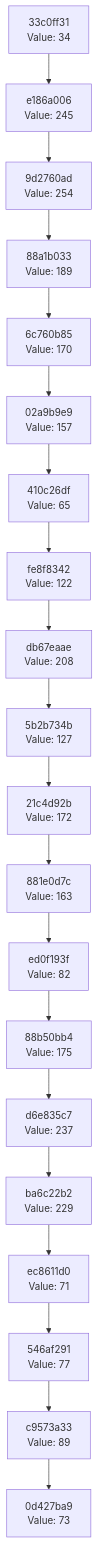
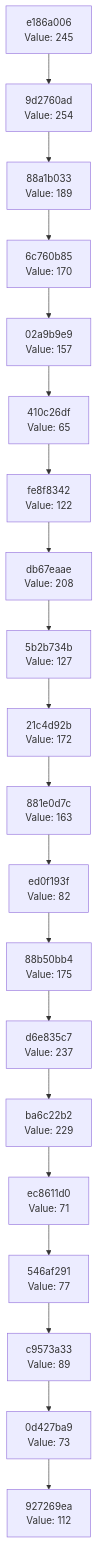
One commit to Abhisheksinha1506/hash-chain-evolver changed the diagram in docs/CHAIN_VISUALIZATION.md. Above: the diagram before and after it, drawn with Mermaid. The commit also changed 3 other files, not shown here.

````diff
--- a/docs/CHAIN_VISUALIZATION.md
+++ b/docs/CHAIN_VISUALIZATION.md
@@ -3,42 +3,42 @@
 ```mermaid
 graph TD
-    C0["0d427ba9<br/>Value: 73"]
-    C1["c9573a33<br/>Value: 89"]
+    C0["927269ea<br/>Value: 112"]
+    C1["0d427ba9<br/>Value: 73"]
     C1 --> C0
-    C2["546af291<br/>Value: 77"]
+    C2["c9573a33<br/>Value: 89"]
     C2 --> C1
-    C3["ec8611d0<br/>Value: 71"]
+    C3["546af291<br/>Value: 77"]
     C3 --> C2
-    C4["ba6c22b2<br/>Value: 229"]
+    C4["ec8611d0<br/>Value: 71"]
     C4 --> C3
-    C5["d6e835c7<br/>Value: 237"]
+    C5["ba6c22b2<br/>Value: 229"]
     C5 --> C4
-    C6["88b50bb4<br/>Value: 175"]
+    C6["d6e835c7<br/>Value: 237"]
     C6 --> C5
-    C7["ed0f193f<br/>Value: 82"]
+    C7["88b50bb4<br/>Value: 175"]
     C7 --> C6
-    C8["881e0d7c<br/>Value: 163"]
+    C8["ed0f193f<br/>Value: 82"]
     C8 --> C7
-    C9["21c4d92b<br/>Value: 172"]
+    C9["881e0d7c<br/>Value: 163"]
     C9 --> C8
-    C10["5b2b734b<br/>Value: 127"]
+    C10["21c4d92b<br/>Value: 172"]
     C10 --> C9
-    C11["db67eaae<br/>Value: 208"]
+    C11["5b2b734b<br/>Value: 127"]
     C11 --> C10
-    C12["fe8f8342<br/>Value: 122"]
+    C12["db67eaae<br/>Value: 208"]
     C12 --> C11
-    C13["410c26df<br/>Value: 65"]
+    C13["fe8f8342<br/>Value: 122"]
     C13 --> C12
-    C14["02a9b9e9<br/>Value: 157"]
+    C14["410c26df<br/>Value: 65"]
     C14 --> C13
-    C15["6c760b85<br/>Value: 170"]
+    C15["02a9b9e9<br/>Value: 157"]
     C15 --> C14
-    C16["88a1b033<br/>Value: 189"]
+    C16["6c760b85<br/>Value: 170"]
     C16 --> C15
-    C17["9d2760ad<br/>Value: 254"]
+    C17["88a1b033<br/>Value: 189"]
     C17 --> C16
-    C18["e186a006<br/>Value: 245"]
+    C18["9d2760ad<br/>Value: 254"]
     C18 --> C17
-    C19["33c0ff31<br/>Value: 34"]
+    C19["e186a006<br/>Value: 245"]
     C19 --> C18
 ```
````
